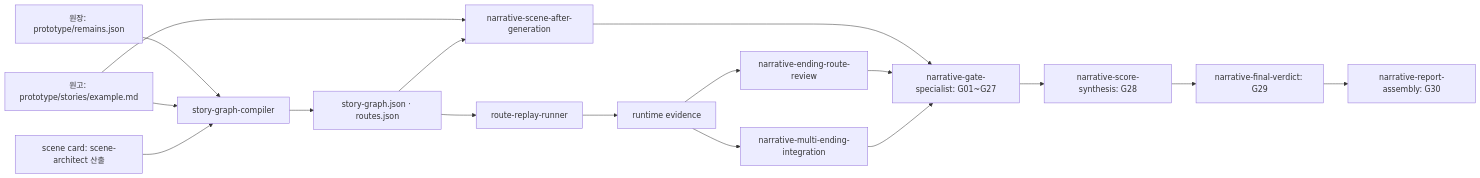
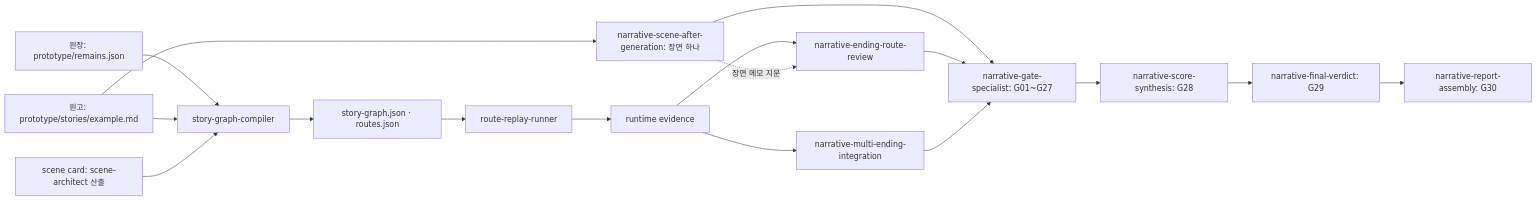
One commit to splkm97/text-based-game changed the second of 2 diagrams in docs/learn/README.md. Above: the diagram before and after it, drawn with Mermaid. The commit also changed other lines of this file, not shown here.

First line of the commit message:
docs(learn): correct entry branches and scene-review inputs

````diff
--- a/docs/learn/README.md
+++ b/docs/learn/README.md
@@ -69,21 +75,21 @@
 ```mermaid
 flowchart LR
   CANON["원장: prototype/remains.json"] --> COMP["story-graph-compiler"]
   PROSE["원고: prototype/stories/example.md"] --> COMP
   CARD["scene card: scene-architect 산출"] --> COMP
   COMP --> GRAPH["story-graph.json · routes.json"]
   GRAPH --> RUN["route-replay-runner"]
   RUN --> EV["runtime evidence"]
 
-  PROSE --> SCENE["narrative-scene-after-generation"]
-  GRAPH --> SCENE
+  PROSE --> SCENE["narrative-scene-after-generation: 장면 하나"]
   EV --> ROUTE["narrative-ending-route-review"]
+  SCENE -.->|"장면 메모 지문"| ROUTE
   EV --> MULTI["narrative-multi-ending-integration"]
 
   SCENE --> SPEC["narrative-gate-specialist: G01~G27"]
   ROUTE --> SPEC
   MULTI --> SPEC
   SPEC --> G28["narrative-score-synthesis: G28"]
   G28 --> G29["narrative-final-verdict: G29"]
   G29 --> G30["narrative-report-assembly: G30"]
 ```
````
